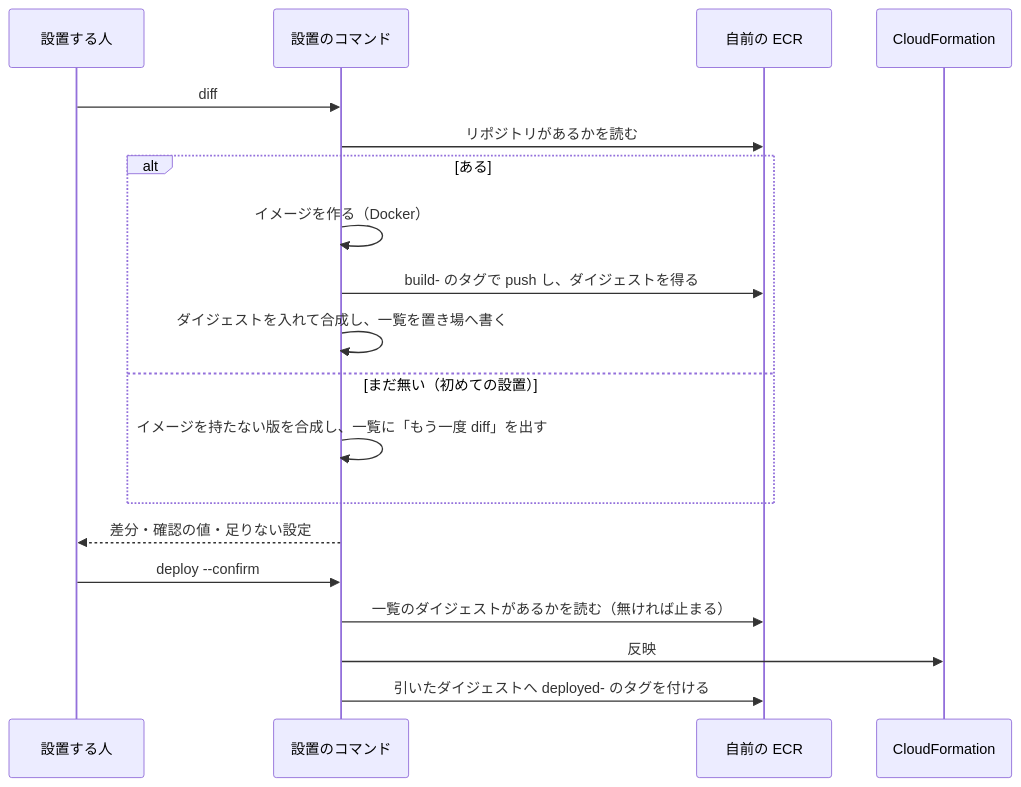
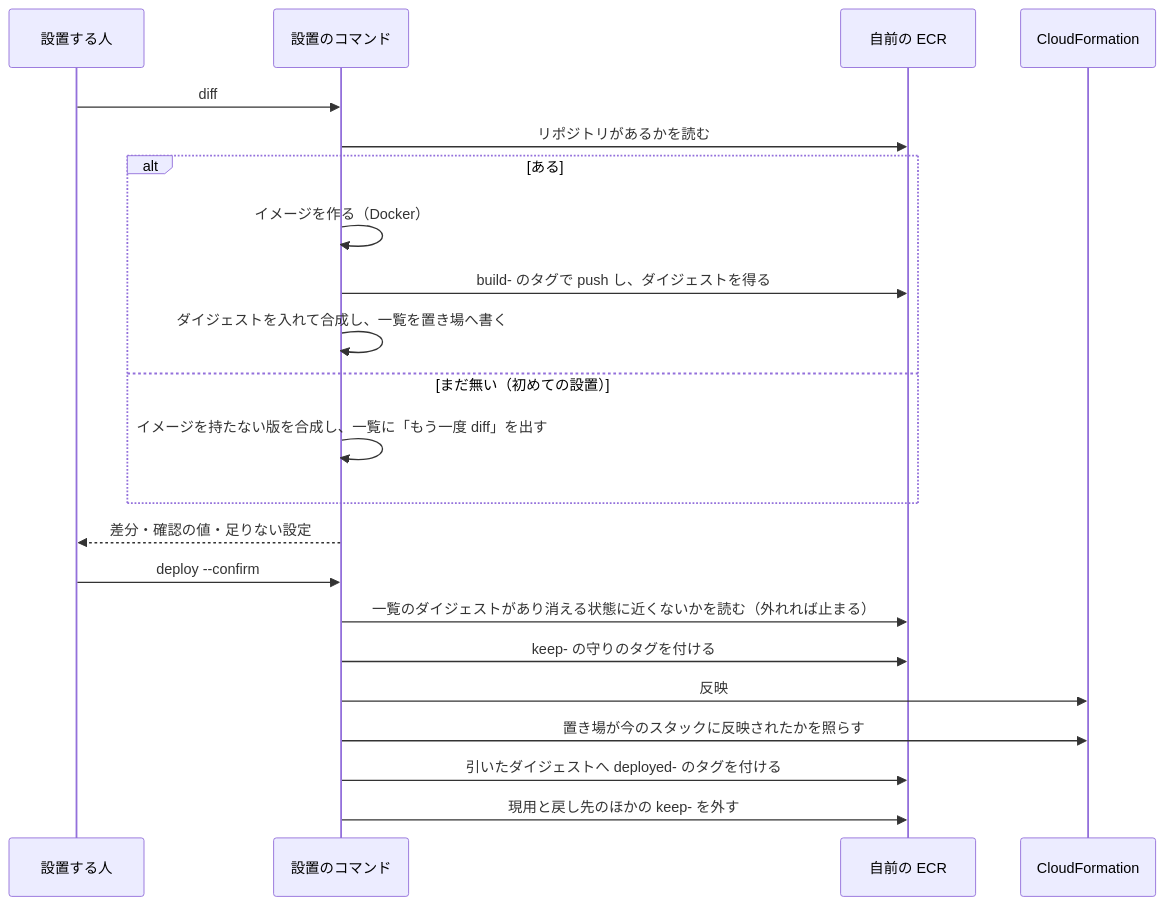
One commit to devbasex/nd-factory changed the fourth of 4 diagrams in issues/issue-13-design.md. Above: the diagram before and after it, drawn with Mermaid. The commit also changed other lines of this file and 2 other files, not shown here.

````diff
--- a/issues/issue-13-design.md
+++ b/issues/issue-13-design.md
@@ -209,21 +209,24 @@
 ```mermaid
 sequenceDiagram
     participant P as 設置する人
     participant S as 設置のコマンド
     participant R as 自前の ECR
     participant C as CloudFormation
     P->>S: diff
     S->>R: リポジトリがあるかを読む
     alt ある
         S->>S: イメージを作る（Docker）
         S->>R: build- のタグで push し、ダイジェストを得る
         S->>S: ダイジェストを入れて合成し、一覧を置き場へ書く
     else まだ無い（初めての設置）
         S->>S: イメージを持たない版を合成し、一覧に「もう一度 diff」を出す
     end
     S-->>P: 差分・確認の値・足りない設定
     P->>S: deploy --confirm
-    S->>R: 一覧のダイジェストがあるかを読む（無ければ止まる）
+    S->>R: 一覧のダイジェストがあり消える状態に近くないかを読む（外れれば止まる）
+    S->>R: keep- の守りのタグを付ける
     S->>C: 反映
+    S->>C: 置き場が今のスタックに反映されたかを照らす
     S->>R: 引いたダイジェストへ deployed- のタグを付ける
+    S->>R: 現用と戻し先のほかの keep- を外す
 ```
````
